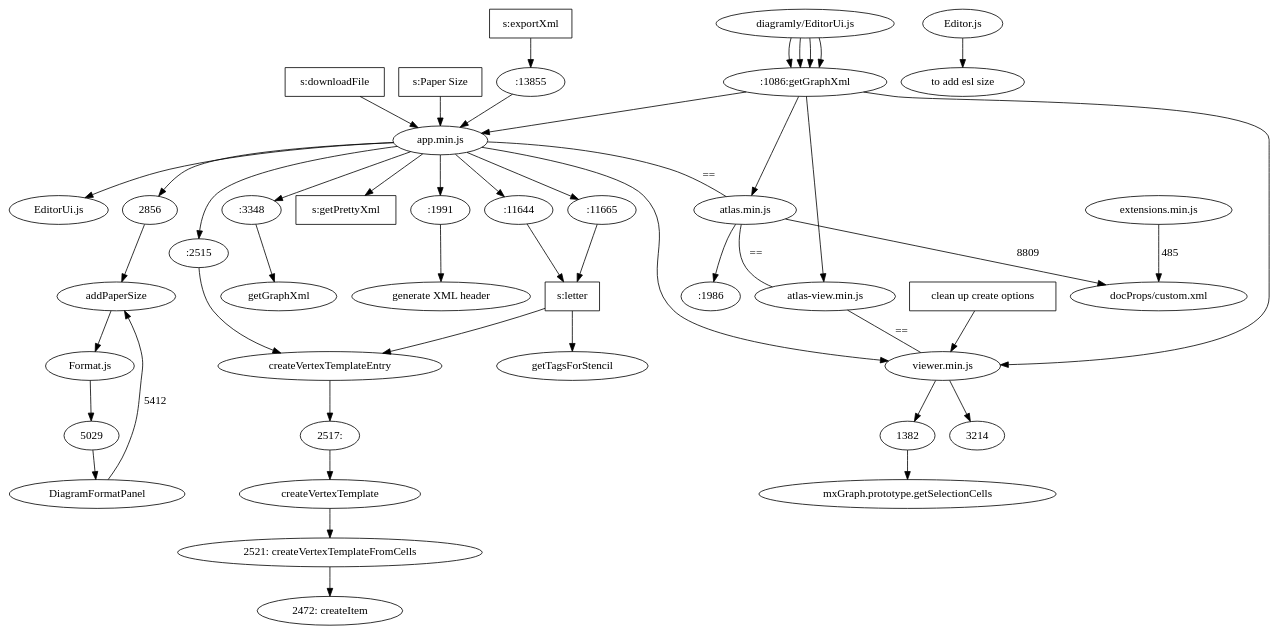
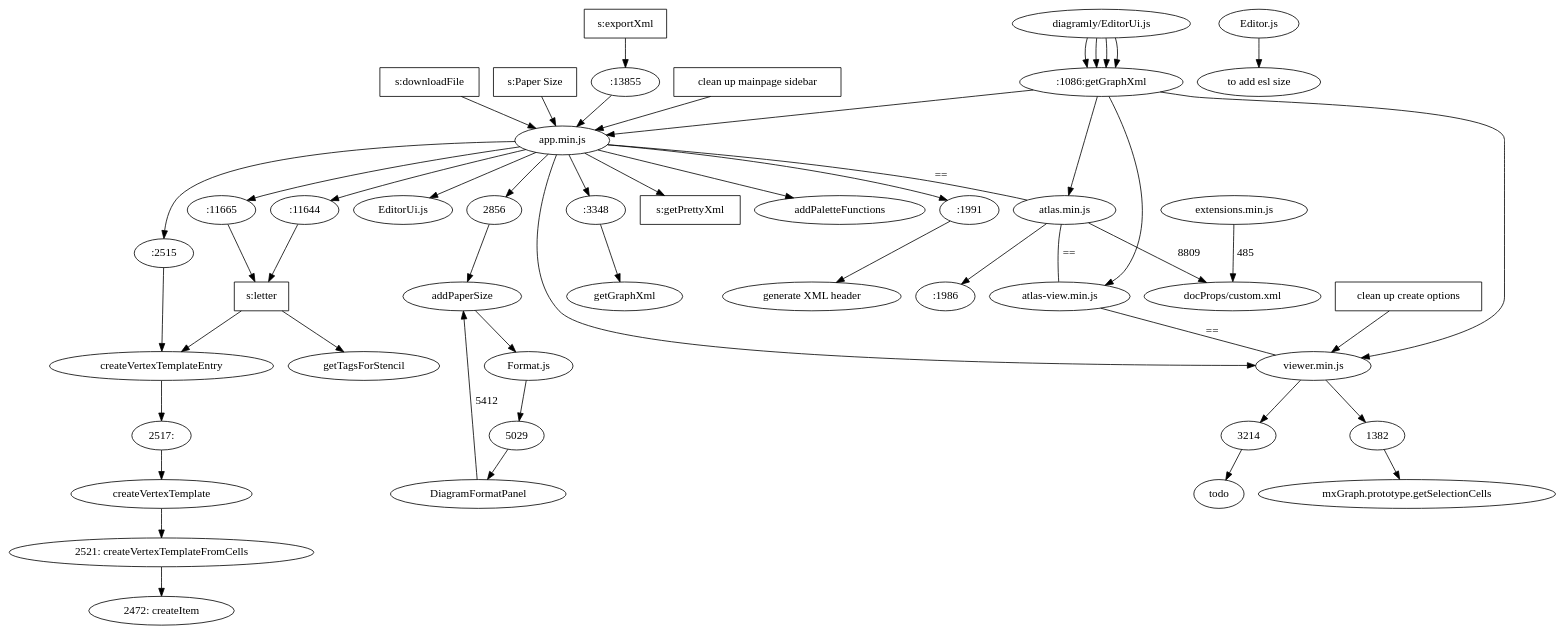
The diagram in relation.dot (heraldia/drawio), drawn with Graphviz before and after one commit. The commit also changed 130 other files, not shown here.

```diff
--- a/relation.dot
+++ b/relation.dot
@@ -1,40 +1,43 @@
 digraph drawIo{
 //s: search 
 "diagramly/EditorUi.js"->":1086:getGraphXml" -> "app.min.js" -> 
 "viewer.min.js"->"1382"-> "mxGraph.prototype.getSelectionCells";
 
 "diagramly/EditorUi.js"->":1086:getGraphXml" -> "atlas.min.js" -> ":1986";
 "s:letter" [shape = box];
 
 "app.min.js" -> ":11644"-> "s:letter" -> "getTagsForStencil";
 "app.min.js" ->":11665"-> "s:letter" -> "createVertexTemplateEntry";
 "s:downloadFile" [shape = box];
 "s:downloadFile" -> "app.min.js" -> "EditorUi.js";
 "app.min.js" -> ":2515" -> "createVertexTemplateEntry" -> "2517:" -> "createVertexTemplate" -> "2521: createVertexTemplateFromCells" -> "2472: createItem";
 //"app.min.js" -> ":2031" -> "A1 (594 mm x 841 mm)";
 //"atlas.min.js" -> ":2032" -> "A1 (594 mm x 841 mm)";
 "diagramly/EditorUi.js"->":1086:getGraphXml" -> "atlas-view.min.js";
 "diagramly/EditorUi.js"->":1086:getGraphXml" -> "viewer.min.js";
 
 "app.min.js" -> "atlas.min.js" -> "atlas-view.min.js" -> "viewer.min.js" [label = "==", arrowhead="none" ];
 
 "s:Paper Size" [shape = box];
 "s:Paper Size" -> "app.min.js" -> "2856" -> "addPaperSize";
 "addPaperSize" -> "Format.js" -> "5029" -> "DiagramFormatPanel";
 "DiagramFormatPanel" -> "addPaperSize" [label= "5412" ];
 "atlas.min.js"  -> "docProps/custom.xml" [label = "8809" ];
 "extensions.min.js" -> "docProps/custom.xml" [label = "485"]; 
 "Editor.js" -> "to add esl size";
 
 "app.min.js" -> ":3348" ->"getGraphXml"; 
 "app.min.js" -> ":1991" ->"generate XML header"; 
 "app.min.js" -> "s:getPrettyXml";
 "s:getPrettyXml"[shape = box];
 "s:exportXml" [shape = box];
 
 "s:exportXml" -> ":13855" -> "app.min.js";
 "clean up create options" [shape = box];
-"clean up create options" -> "viewer.min.js" -> 3214;
+"clean up create options" -> "viewer.min.js" -> 3214 -> "todo";
+
+"clean up mainpage sidebar" [shape = box];
+"clean up mainpage sidebar" -> "app.min.js" -> "addPaletteFunctions";
 
 
 }
```
